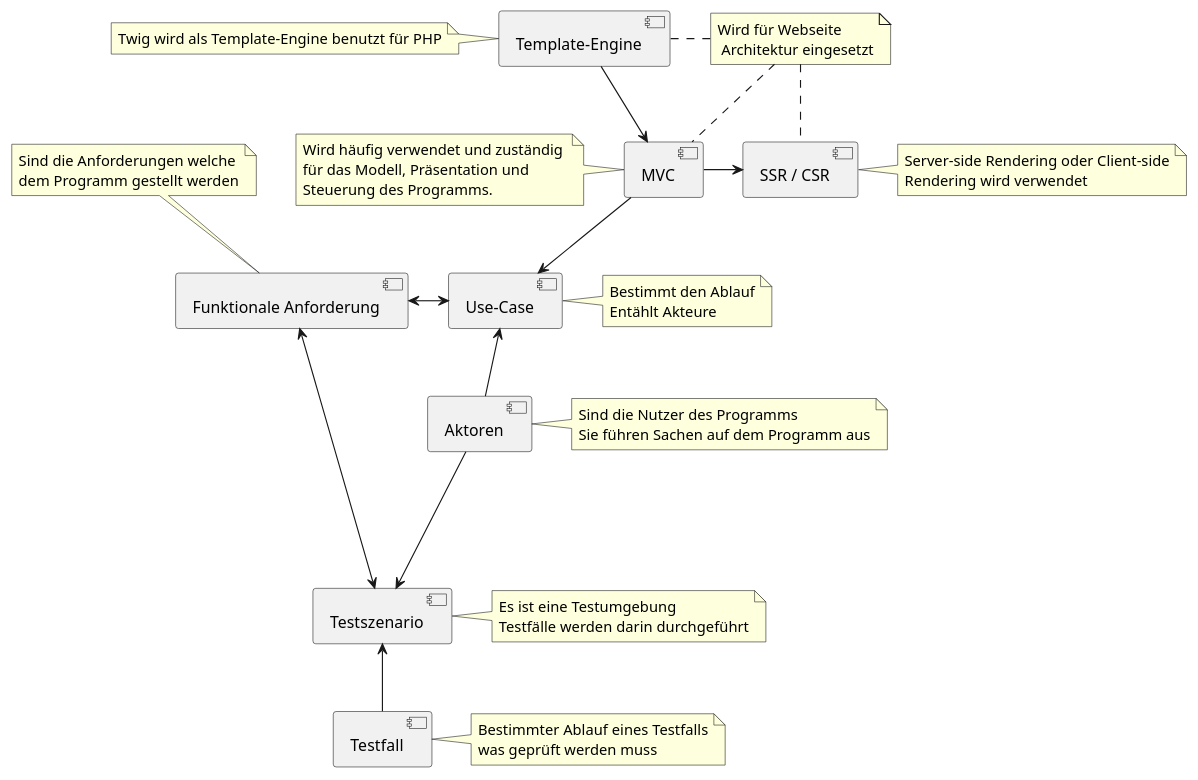
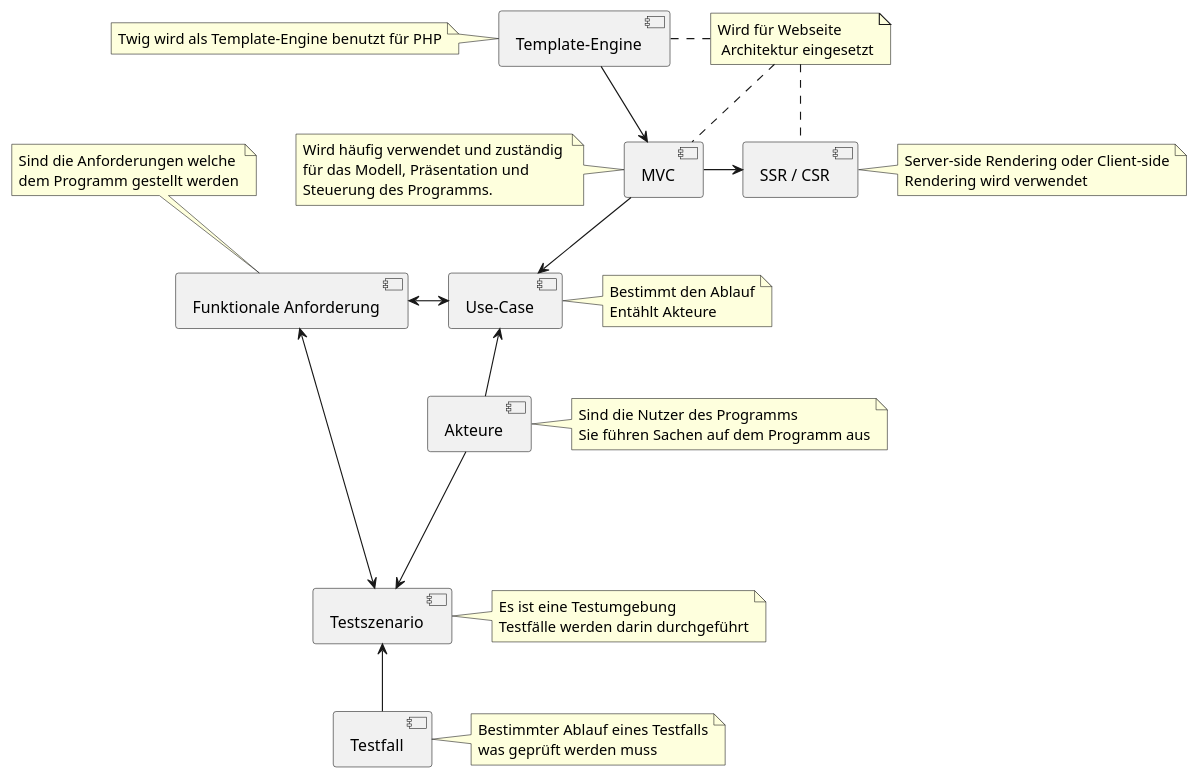
One commit to bztfinformatik/lernportfolio-Blackrose-1337 changed the diagram in docs/tech/concept_map.md. Above: the diagram before and after it, drawn with PlantUML. The commit also changed other lines of this file and 17 other files, not shown here.

````diff
--- a/docs/tech/concept_map.md
+++ b/docs/tech/concept_map.md
@@ -3,68 +14,68 @@
 ```plantuml
 @startuml
 [SSR / CSR]
 [MVC]
 [Template-Engine]
 [Use-Case]
-[Aktoren]
+[Akteure]
 [Funktionale Anforderung]
 [Testszenario]
 [Testfall]
 
 [MVC]->[SSR / CSR]
 [Template-Engine]-down->[MVC]
 [MVC]-->[Use-Case]
-[Use-Case]<--[Aktoren]
-[Aktoren]--->(Testszenario)
+[Use-Case]<--[Akteure]
+[Akteure]--->(Testszenario)
 [Funktionale Anforderung]<->[Use-Case]
 [Funktionale Anforderung]<-->(Testszenario)
 [Testszenario]<--[Testfall]
 [Testszenario]
 
 note right of [SSR / CSR]
     Server-side Rendering oder Client-side
     Rendering wird verwendet
 end note
 
 note left of (MVC)
     Wird häufig verwendet und zuständig 
     für das Modell, Präsentation und 
     Steuerung des Programms.
 end note
 
 note right of (Use-Case)
     Bestimmt den Ablauf
     Entählt Akteure
 end note
 
 note left of (Template-Engine)
     Twig wird als Template-Engine benutzt für PHP
 end note
 
-note right of (Aktoren)
+note right of (Akteure)
     Sind die Nutzer des Programms
     Sie führen Sachen auf dem Programm aus
 end note
 
 note top of (Funktionale Anforderung)
     Sind die Anforderungen welche 
     dem Programm gestellt werden
 end note 
 
 note right of (Testszenario)   
     Es ist eine Testumgebung 
     Testfälle werden darin durchgeführt
 end note
 
 note right of (Testfall)   
     Bestimmter Ablauf eines Testfalls
     was geprüft werden muss
 end note
 
 note "Wird für Webseite \n Architektur eingesetzt" as Architektur
 
 Architektur .. [SSR / CSR]
 Architektur .. (MVC)
 (Template-Engine) . Architektur
 @enduml
 ```
````
